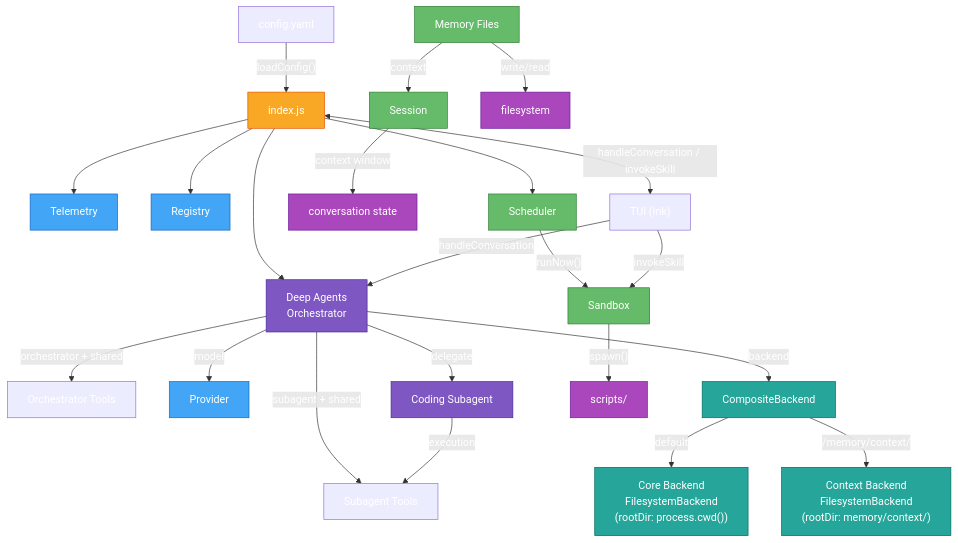
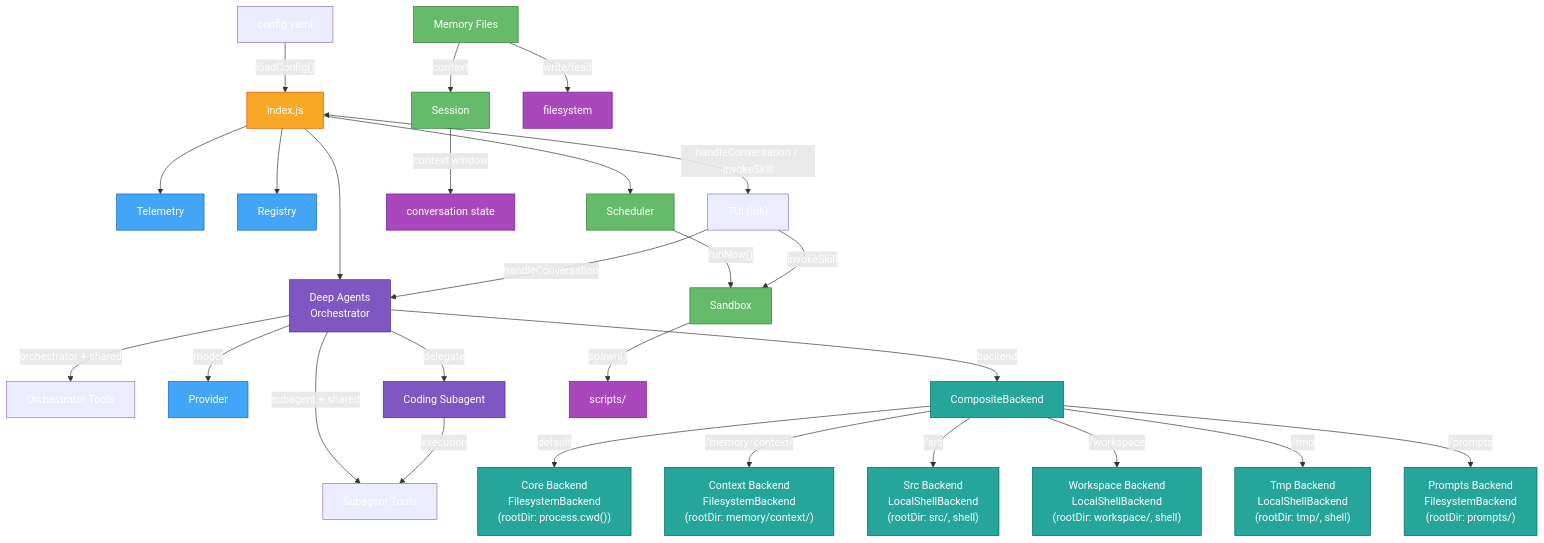
The diagram in docs/OVERVIEW.md (avoidwork/madz), drawn with Mermaid before and after one commit. The commit also changed other lines of this file and 13 other files, not shown here.

First line of the commit message:
feat: upgrade backends to LocalShellBackend and ensure dirs exist (#636)

````diff
--- a/docs/OVERVIEW.md
+++ b/docs/OVERVIEW.md
@@ -9,37 +9,41 @@
 ```mermaid
 graph TD
     C["config.yaml"] -->|"loadConfig()"| I["index.js"]
     I --> T["Telemetry"]
     I --> R["Registry"]
     I --> S["Scheduler"]
     I --> DA["Deep Agents\nOrchestrator"]
     DA -->|"orchestrator + shared"| OT["Orchestrator Tools"]
     DA -->|"subagent + shared"| ST["Subagent Tools"]
     DA -->|"model"| P["Provider"]
     DA -->|"backend"| CB["CompositeBackend"]
     CB -->|"default"| CFB["Core Backend\nFilesystemBackend\n(rootDir: process.cwd())"]
     CB -->|"/memory/context/"| CTB["Context Backend\nFilesystemBackend\n(rootDir: memory/context/)"]
+    CB -->|"/src"| SRB["Src Backend\nLocalShellBackend\n(rootDir: src/, shell)"]
+    CB -->|"/workspace"| WSB["Workspace Backend\nLocalShellBackend\n(rootDir: workspace/, shell)"]
+    CB -->|"/tmp"| TMB["Tmp Backend\nLocalShellBackend\n(rootDir: tmp/, shell)"]
+    CB -->|"/prompts"| PSB["Prompts Backend\nFilesystemBackend\n(rootDir: prompts/)"]
     DA -->|"delegate"| SA["Coding Subagent"]
     SA -->|"execution"| ST
     S -->|"runNow()"| SB["Sandbox"]
     SB -->|"spawn()"| SK["scripts/"]
     TM["Memory Files"] -->|"context"| SE["Session"]
     SE -->|context window| CW["conversation state"]
     TM -->|write/read| FS["filesystem"]
     UI["TUI (Ink)"] -->|"handleConversation"| DA
     UI -->|"invokeSkill"| SB
     I <-->|handleConversation / invokeSkill| UI
     classDef root fill:#f9a825,color:#fff,stroke:#e65100
     classDef core fill:#42a5f5,color:#fff,stroke:#1565c0
     classDef util fill:#66bb6a,color:#fff,stroke:#2e7d32
     classDef ext fill:#ab47bc,color:#fff,stroke:#6a1b9a
     classDef cache fill:#26a69a,color:#fff,stroke:#00695c
     classDef agent fill:#7e57c2,color:#fff,stroke:#4527a0
     classDef backend fill:#26a69a,color:#fff,stroke:#00695c
     class I root
     class DA,P,T,R core
     class DA,SA agent
     class S,TM,SE,SB util
     class SK,CW,FS ext
-    class CB,CFB,CTB,DB backend
+    class CB,CFB,CTB,SRB,WSB,TMB,PSB backend
 ```
````
